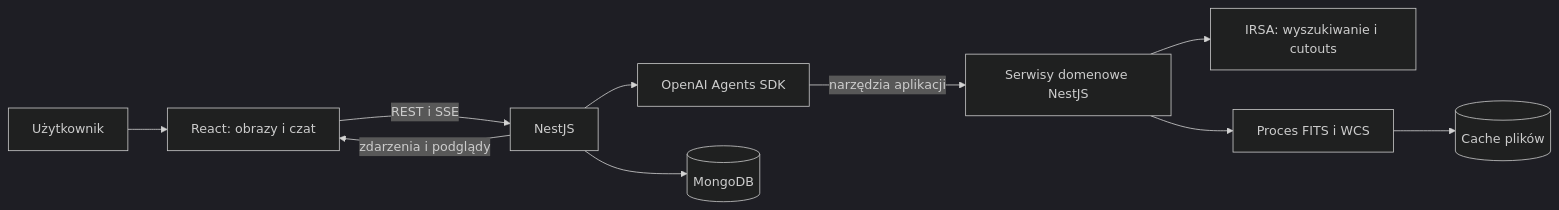
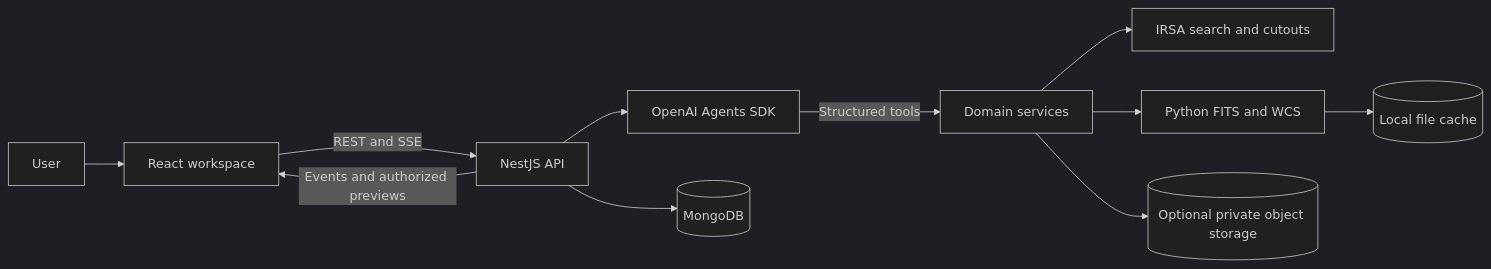
Before and after one commit to Snikerso/spherex-explorer: the diagram in docs/02-architektura-i-dane.md, drawn with Mermaid (dark theme). The commit also changed other lines of this file and 17 other files, not shown here.

````diff
--- a/docs/02-architektura-i-dane.md
+++ b/docs/02-architektura-i-dane.md
@@ -24,12 +18,13 @@
 ```mermaid
 flowchart LR
-  U[Użytkownik] --> R[React: obrazy i czat]
-  R -->|REST i SSE| N[NestJS]
+  U[User] --> R[React workspace]
+  R -->|REST and SSE| N[NestJS API]
   N --> A[OpenAI Agents SDK]
-  A -->|narzędzia aplikacji| S[Serwisy domenowe NestJS]
-  S --> I[IRSA: wyszukiwanie i cutouts]
-  S --> W[Proces FITS i WCS]
+  A -->|Structured tools| S[Domain services]
+  S --> I[IRSA search and cutouts]
+  S --> W[Python FITS and WCS]
   N --> P[(MongoDB)]
-  W --> C[(Cache plików)]
-  N -->|zdarzenia i podglądy| R
+  W --> C[(Local file cache)]
+  S --> O[(Optional private object storage)]
+  N -->|Events and authorized previews| R
 ```
````
